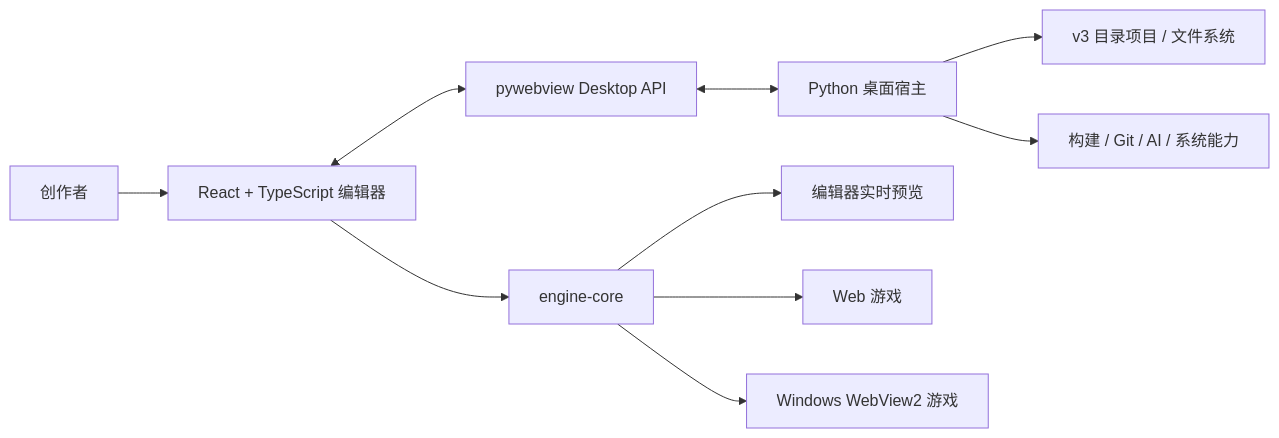
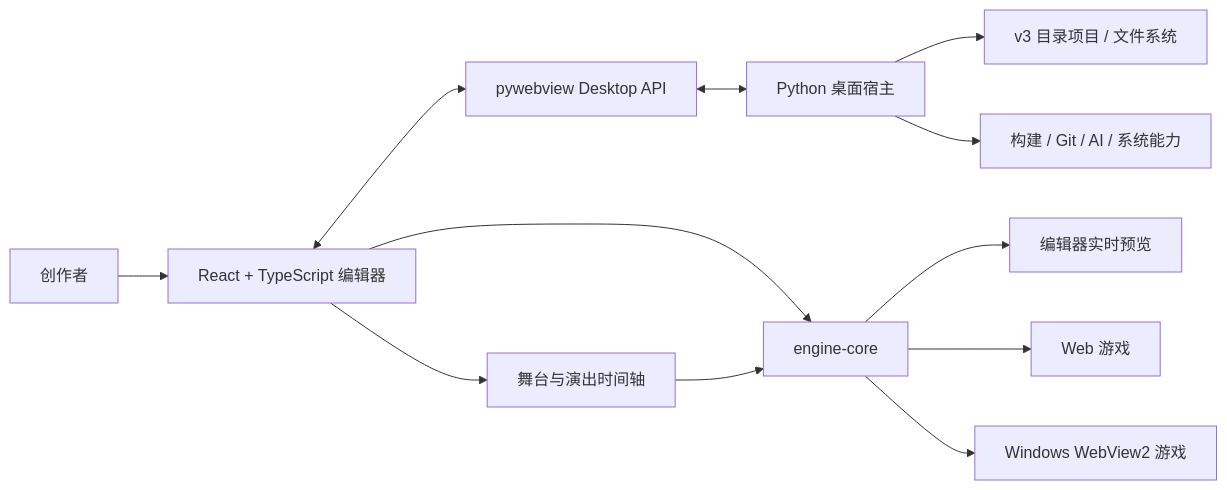
The first of 2 diagrams in README.md (Little-Tree-Studio/Hikari-Studio), drawn with Mermaid before and after one commit. The commit also changed other lines of this file and 46 other files, not shown here.

Commit message:
feat: add desktop startup and production timeline

````diff
--- a/README.md
+++ b/README.md
@@ -70,12 +74,14 @@
 ```mermaid
 flowchart LR
     Creator["创作者"] --> Editor["React + TypeScript 编辑器"]
     Editor <--> Bridge["pywebview Desktop API"]
     Bridge <--> Host["Python 桌面宿主"]
     Host --> FS["v3 目录项目 / 文件系统"]
     Host --> Build["构建 / Git / AI / 系统能力"]
     Editor --> Core["engine-core"]
+    Editor --> Timeline["舞台与演出时间轴"]
     Core --> Preview["编辑器实时预览"]
     Core --> Web["Web 游戏"]
     Core --> Win["Windows WebView2 游戏"]
+    Timeline --> Core
 ```
````
